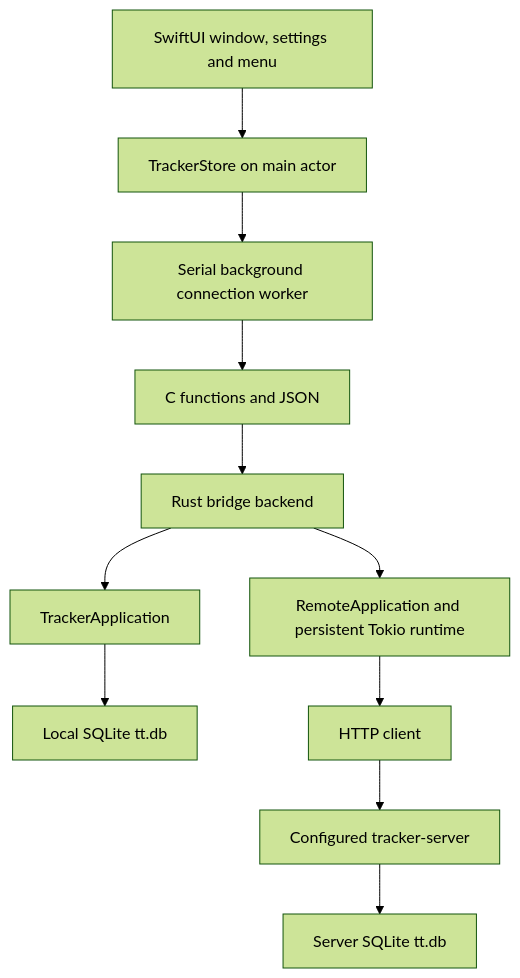
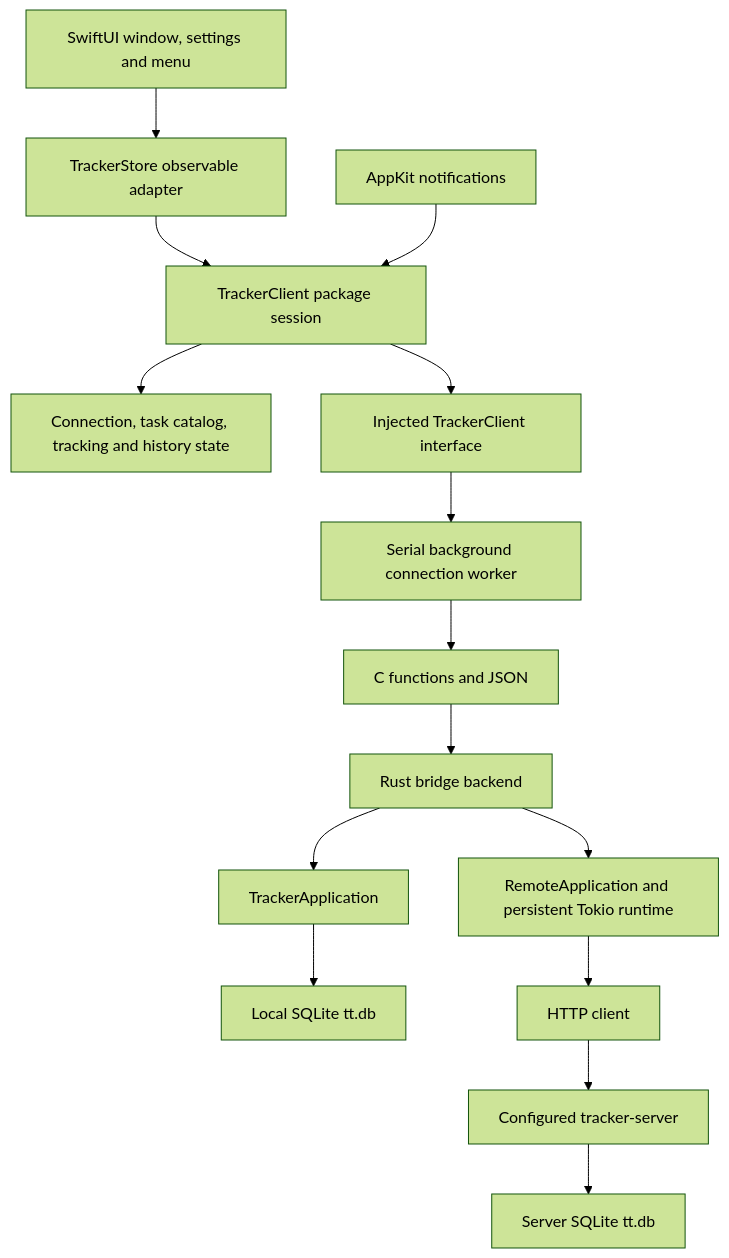
One commit to remshams/time-tracker changed the diagram in apps/swiftui/README.md. Above: the diagram before and after it, drawn with Mermaid (forest theme). The commit also changed other lines of this file and 16 other files, not shown here.

````diff
--- a/apps/swiftui/README.md
+++ b/apps/swiftui/README.md
@@ -39,13 +51,17 @@
 ```mermaid
 flowchart TD
-    UI[SwiftUI window, settings and menu] --> Store[TrackerStore on main actor]
-    Store --> Worker[Serial background connection worker]
+    UI[SwiftUI window, settings and menu] --> Store[TrackerStore observable adapter]
+    Store --> Session[TrackerClient package session]
+    Session --> Features[Connection, task catalog, tracking and history state]
+    Lifecycle[AppKit notifications] --> Session
+    Session --> Port[Injected TrackerClient interface]
+    Port --> Worker[Serial background connection worker]
     Worker --> ABI[C functions and JSON]
     ABI --> Backend[Rust bridge backend]
     Backend --> Local[TrackerApplication]
     Local --> DB[Local SQLite tt.db]
     Backend --> Remote[RemoteApplication and persistent Tokio runtime]
     Remote --> HTTP[HTTP client]
     HTTP --> Server[Configured tracker-server]
     Server --> ServerDB[Server SQLite tt.db]
 ```
````
